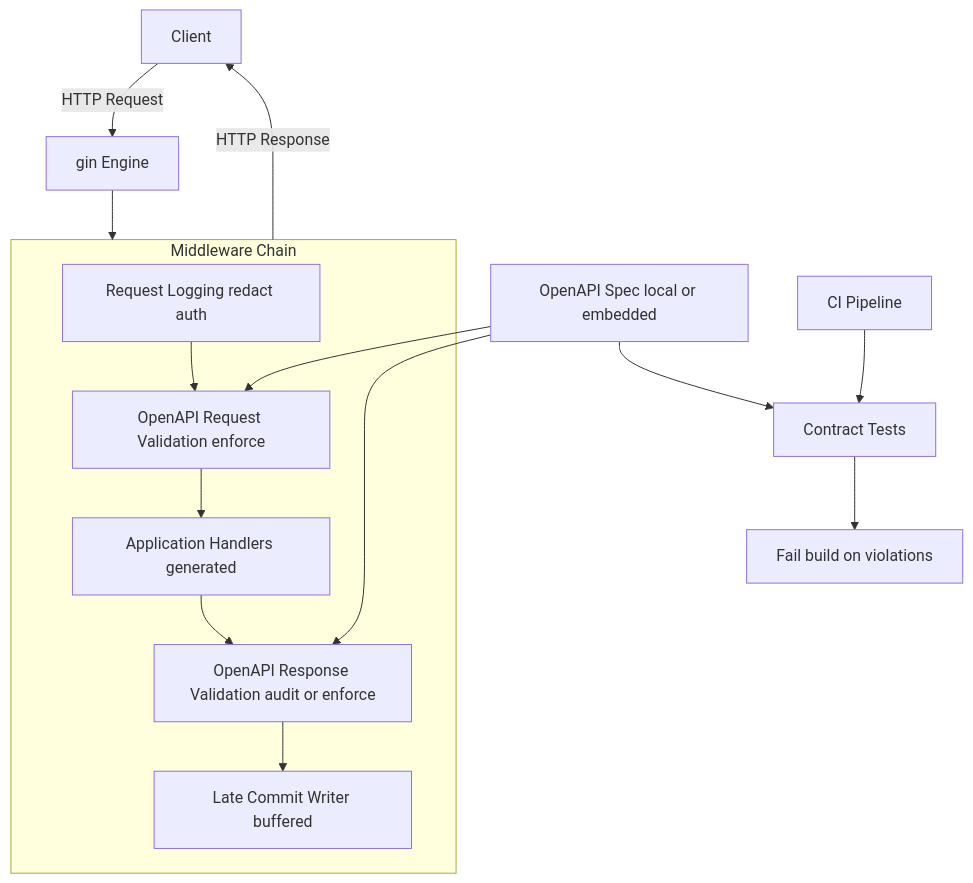
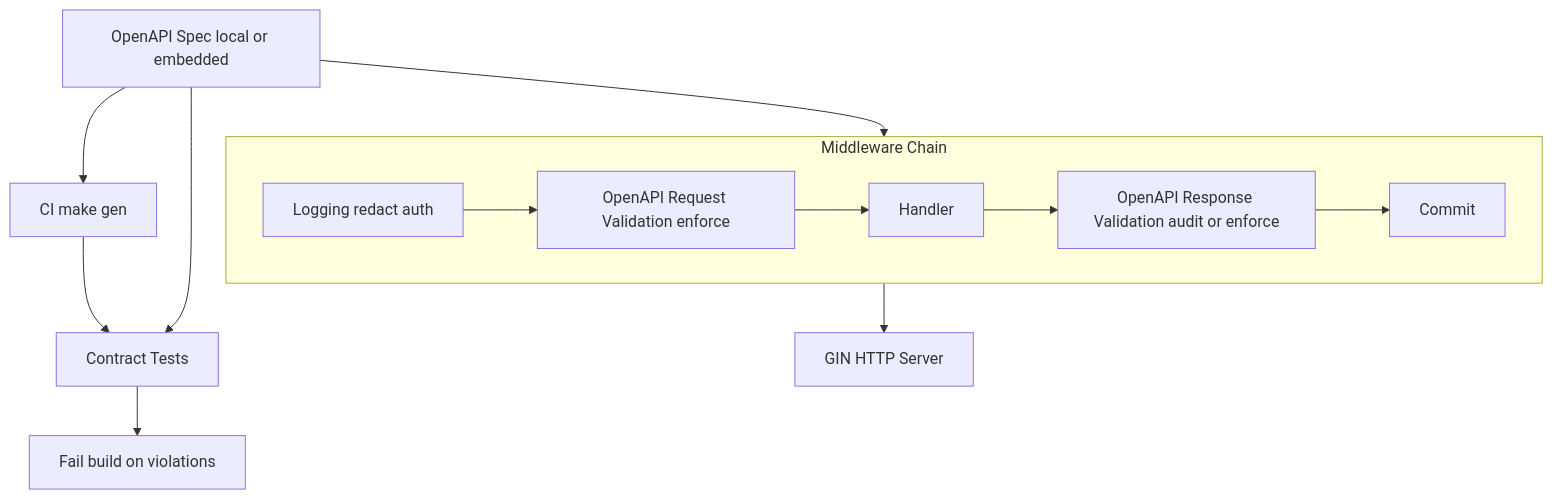
One commit to calypr/syfon changed the diagram in docs/adr/adr-0001-request-response-validation.md. Above: the diagram before and after it, drawn with Mermaid. The commit also changed other lines of this file and 6 other files, not shown here.

````diff
--- a/docs/adr/adr-0001-request-response-validation.md
+++ b/docs/adr/adr-0001-request-response-validation.md
@@ -36,21 +36,19 @@
 ```mermaid
 flowchart TB
-    Client[Client] -->|HTTP Request| Gin[gin Engine]
+    Spec[OpenAPI Spec local or embedded] --> CI
+    CI[CI make gen] --> Contract[Contract Tests]
+    Spec --> Contract
+    Spec --> MiddlewareChain
+    Contract --> Report[Fail build on violations]
+ 
+    subgraph MiddlewareChain[Middleware Chain]
+        LogReq[Logging redact auth] --> ReqVal[OpenAPI Request Validation enforce]
+        ReqVal --> Handler
+        Handler --> RespVal[OpenAPI Response Validation audit or enforce]
+        RespVal --> Commit
+    end
+    
+    MiddlewareChain --> Gin[GIN HTTP Server]
 
-    subgraph MiddlewareChain[Middleware Chain]
-        LogReq[Request Logging redact auth] --> ReqVal[OpenAPI Request Validation enforce]
-        ReqVal --> Handler[Application Handlers generated]
-        Handler --> RespVal[OpenAPI Response Validation audit or enforce]
-        RespVal --> Commit[Late Commit Writer buffered]
-    end
-
-    Gin --> MiddlewareChain -->|HTTP Response| Client
-
-    Spec[OpenAPI Spec local or embedded] --> ReqVal
-    Spec --> RespVal
-
-    CI[CI Pipeline] --> Contract[Contract Tests]
-    Spec --> Contract
-    Contract --> Report[Fail build on violations]
 
 ```
````
